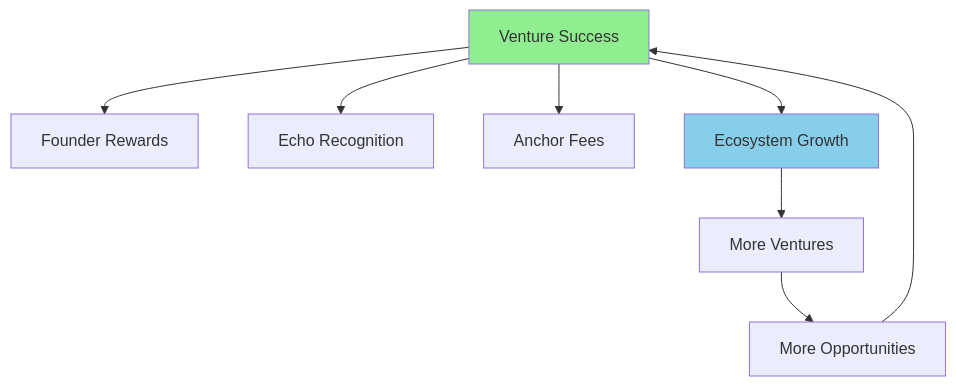
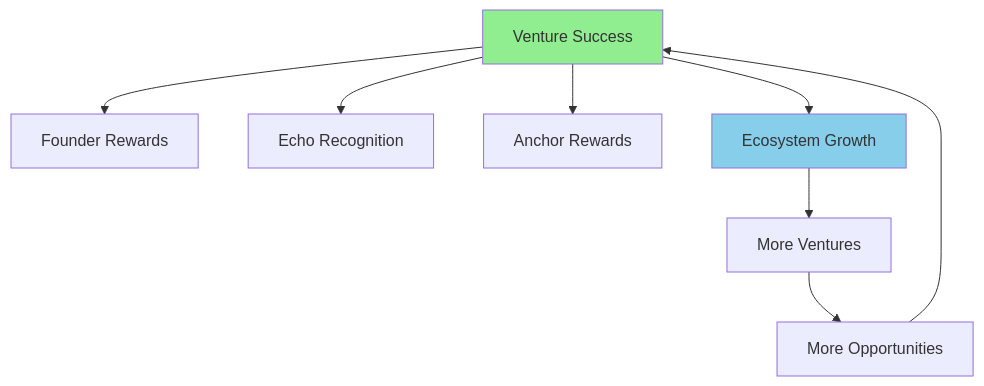
One commit to studio3-labs/studio3-docs changed the first of 3 diagrams in docs/overview-guide/incentives.md. Above: the diagram before and after it, drawn with Mermaid. The commit also changed other lines of this file and 18 other files, not shown here.

````diff
--- a/docs/overview-guide/incentives.md
+++ b/docs/overview-guide/incentives.md
@@ -29,14 +29,14 @@
 ```mermaid
 graph TD
     VS[Venture Success] --> FR[Founder Rewards]
     VS --> ER[Echo Recognition]
-    VS --> AF[Anchor Fees]
+    VS --> AR[Anchor Rewards]
     VS --> EG[Ecosystem Growth]
     
     EG --> MV[More Ventures]
     MV --> MO[More Opportunities]
     MO --> VS
     
     style VS fill: #90EE90
     style EG fill: #87CEEB
 ```
````
